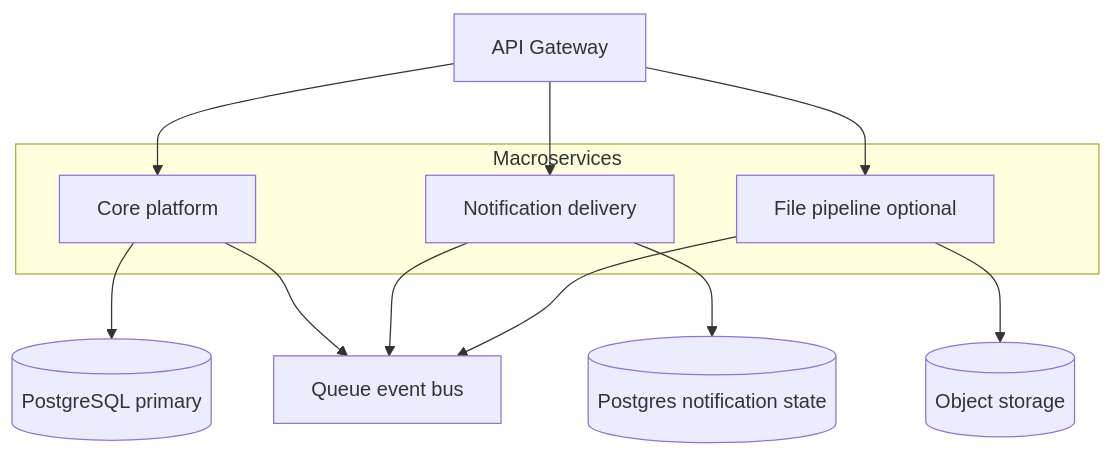
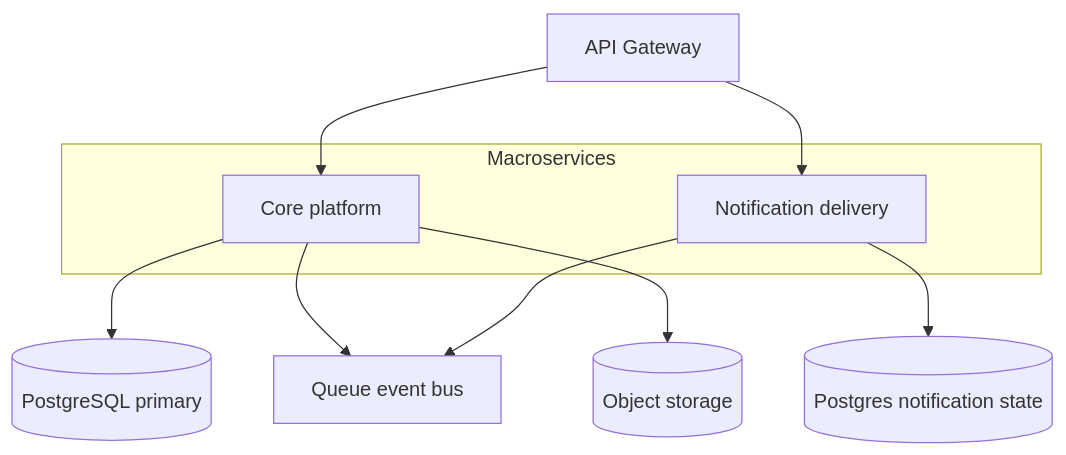
Before and after one commit to tvuongphu/Task_Management_System: the third of 4 diagrams in docs/01-solution-architecture.md, drawn with Mermaid. The commit also changed other lines of this file and 5 other files, not shown here.

````diff
--- a/docs/01-solution-architecture.md
+++ b/docs/01-solution-architecture.md
@@ -149,25 +128,22 @@
 ```mermaid
 flowchart TB
   GW["API Gateway"]
 
   subgraph macros["Macroservices"]
     CORE["Core platform"]
     NOTIF["Notification delivery"]
-    FILE["File pipeline optional"]
   end
 
   PG[("PostgreSQL primary")]
   PG_N[("Postgres notification state")]
   Q["Queue event bus"]
   OBJ[("Object storage")]
 
   GW --> CORE
   GW --> NOTIF
-  GW --> FILE
   CORE --> PG
   CORE --> Q
+  CORE --> OBJ
   NOTIF --> PG_N
   NOTIF --> Q
-  FILE --> OBJ
-  FILE --> Q
 ```
````
